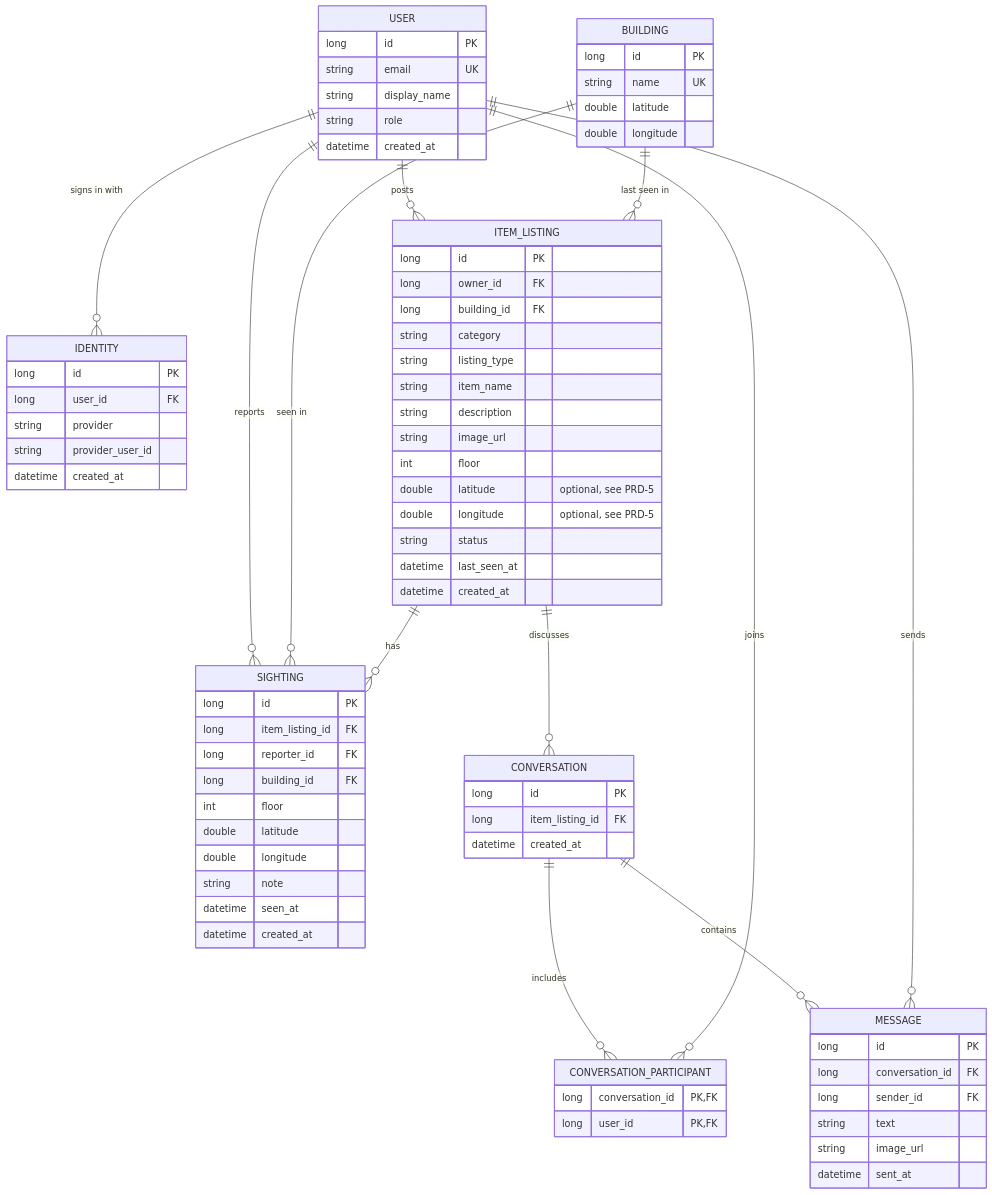
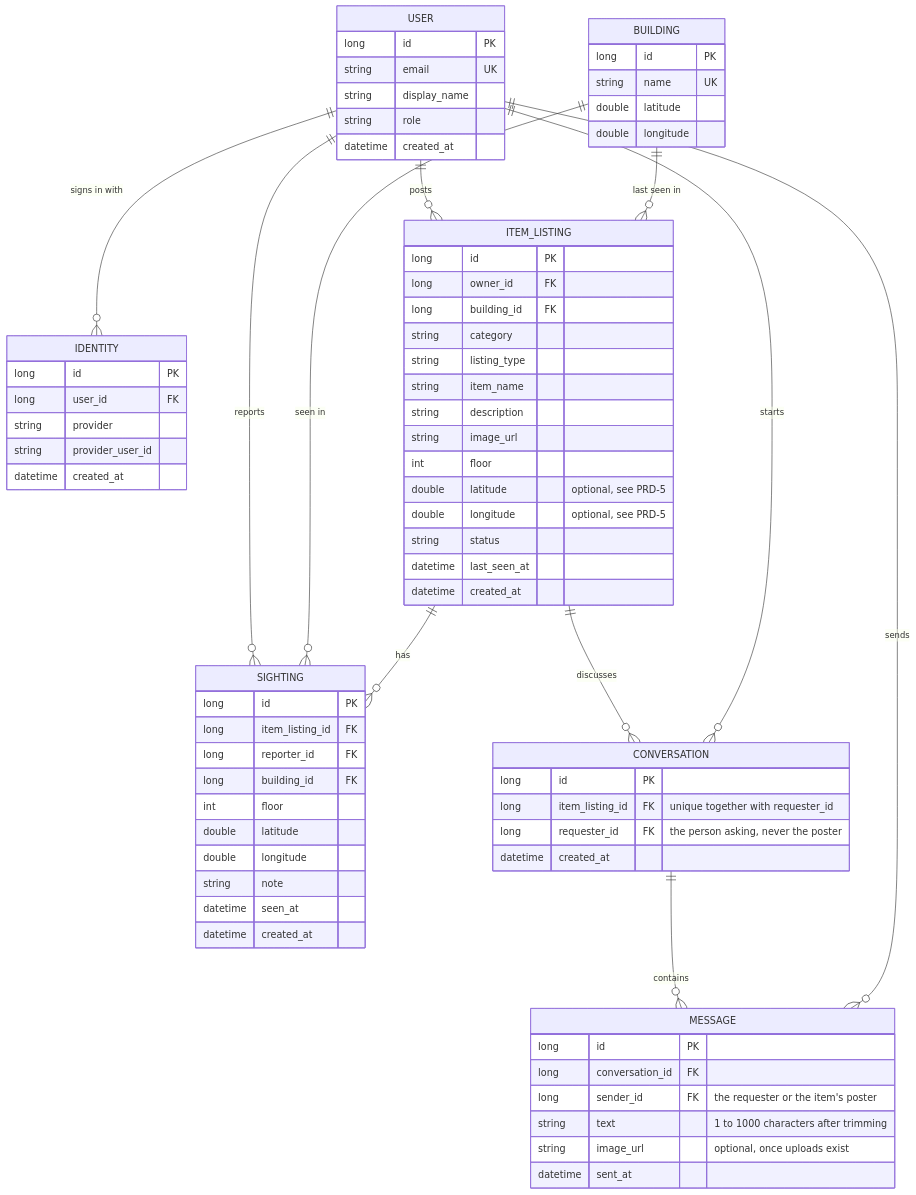
Before and after one commit to CST438OtterFind/OtterFind: the diagram in docs/erd.md, drawn with Mermaid. The commit also changed other lines of this file and 1 other file, not shown here.

Commit message:
Add the messaging contract (PRD-6)
Adds the messaging routes to openapi.yaml before any code implements
them: start or reopen a conversation about an item, list your
conversations, load one conversation, and load or send its messages.
Anyone who isn't in a conversation gets 404, so conversation IDs can't
be probed, and the sender always comes from the token. Also adds the
bearer token scheme, with the user's ID as the token's subject.

The ERD replaces CONVERSATION_PARTICIPANT with
CONVERSATION.requester_id, since a conversation is always between the
person asking and the item's poster, and settles what account deletion
does to conversations.

Claude-Session: https://claude.ai/code/session_017V3FkuVH4r9oMJUSabNoQn

````diff
--- a/docs/erd.md
+++ b/docs/erd.md
@@ -13,8 +13,7 @@
     BUILDING ||--o{ SIGHTING : "seen in"
     ITEM_LISTING ||--o{ SIGHTING : has
     ITEM_LISTING ||--o{ CONVERSATION : discusses
-    CONVERSATION ||--o{ CONVERSATION_PARTICIPANT : includes
-    USER ||--o{ CONVERSATION_PARTICIPANT : joins
+    USER ||--o{ CONVERSATION : starts
     CONVERSATION ||--o{ MESSAGE : contains
     USER ||--o{ MESSAGE : sends
 
@@ -73,21 +72,17 @@
 
     CONVERSATION {
         long id PK
-        long item_listing_id FK
+        long item_listing_id FK "unique together with requester_id"
+        long requester_id FK "the person asking, never the poster"
         datetime created_at
-    }
-
-    CONVERSATION_PARTICIPANT {
-        long conversation_id PK, FK
-        long user_id PK, FK
     }
 
     MESSAGE {
         long id PK
         long conversation_id FK
-        long sender_id FK
-        string text
-        string image_url
+        long sender_id FK "the requester or the item's poster"
+        string text "1 to 1000 characters after trimming"
+        string image_url "optional, once uploads exist"
         datetime sent_at
     }
 ```
````
